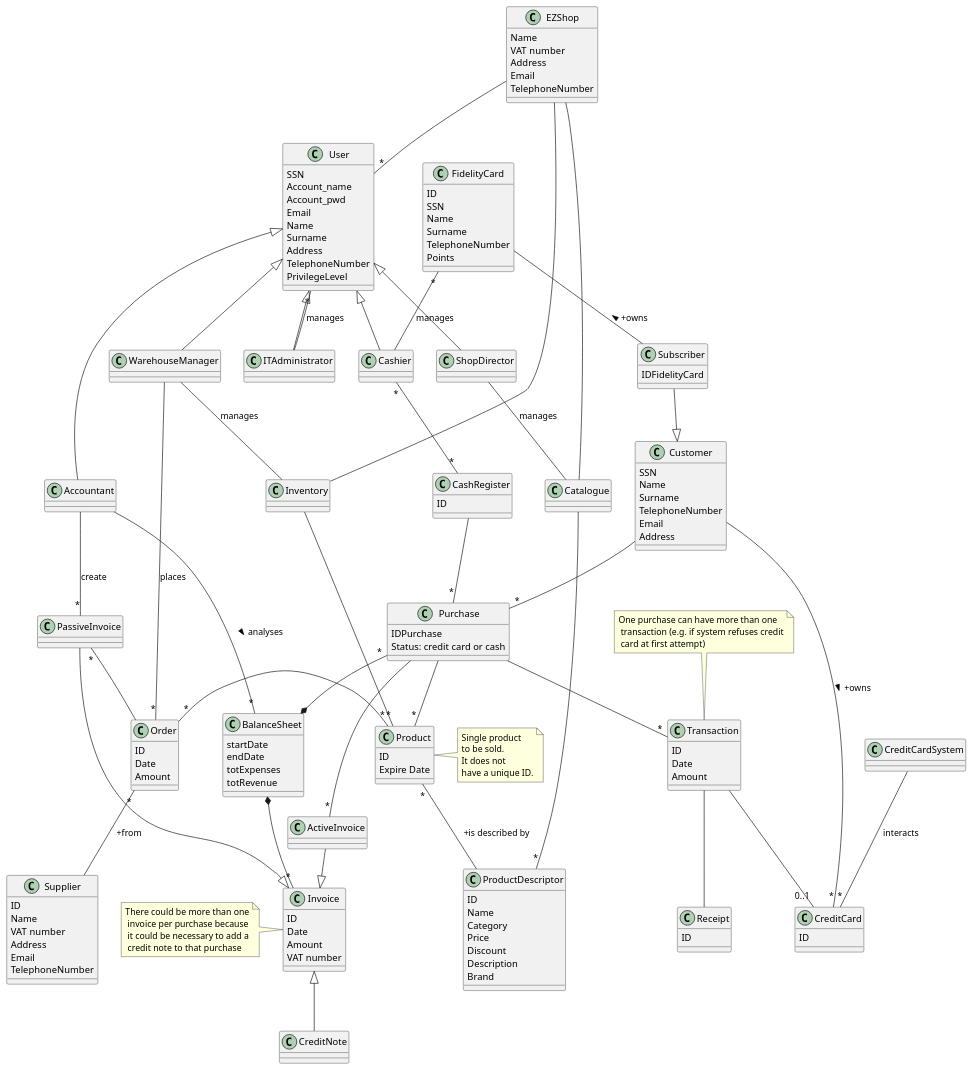
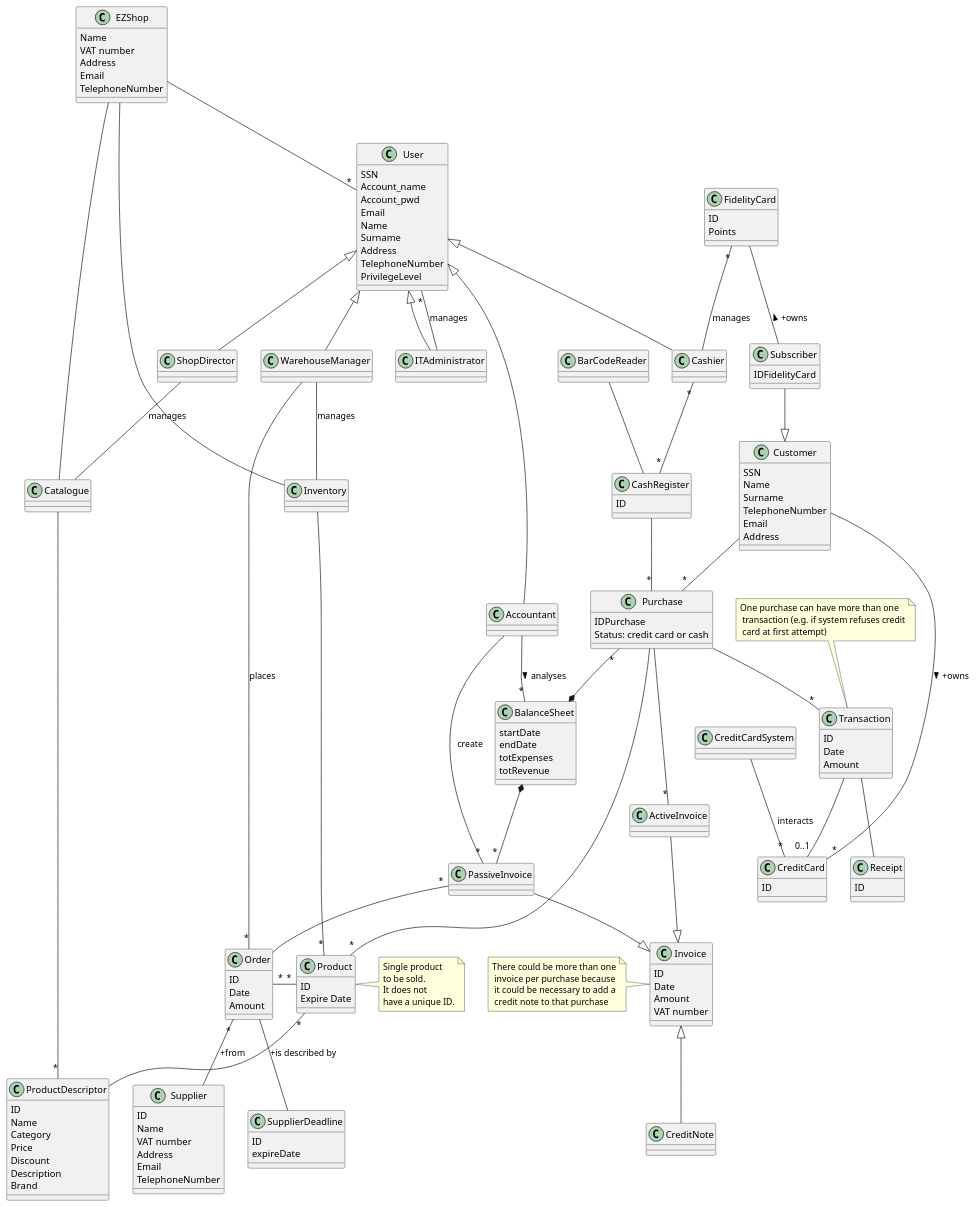
The tenth of 12 diagrams in Deliverables/RequirementsDocument.md (Stormz4/group20-EzShop), drawn with PlantUML before and after one commit. The commit also changed other lines of this file, not shown here.

Commit message:
Doc: Modified use cases, context diagram

```diff
--- a/Deliverables/RequirementsDocument.md
+++ b/Deliverables/RequirementsDocument.md
@@ -758,10 +765,6 @@
 }
 class FidelityCard{
  ID
- SSN
- Name
- Surname
- TelephoneNumber
  Points
 }
 class Purchase {
@@ -826,6 +829,11 @@
  ID
 }
 
+class SupplierDeadline{
+ID
+expireDate
+}
+
 class ITAdministrator
 class Cashier
 class Product
@@ -872,6 +880,7 @@
 Purchase --"*" Transaction
 Transaction -- Receipt
 Cashier "*"--"*" CashRegister
+BarCodeReader -- CashRegister
 CashRegister --"*" Purchase
 Purchase --"*" ActiveInvoice
 Accountant --"*" PassiveInvoice: create
@@ -879,11 +888,12 @@
 Order "*"-down- Supplier: +from
 ShopDirector -- Catalogue: manages
 Order "*"-right-"*" Product
+Order -- SupplierDeadline
 PassiveInvoice "*"-- Order
 WarehouseManager -- Inventory: manages
 Cashier -left-"*" FidelityCard: manages
 ITAdministrator --"*" User: manages
-Invoice "*" -up-* BalanceSheet
+PassiveInvoice "*" -up-* BalanceSheet
 Purchase "*" --* BalanceSheet
 Accountant -- "*" BalanceSheet : analyses >
 
```
